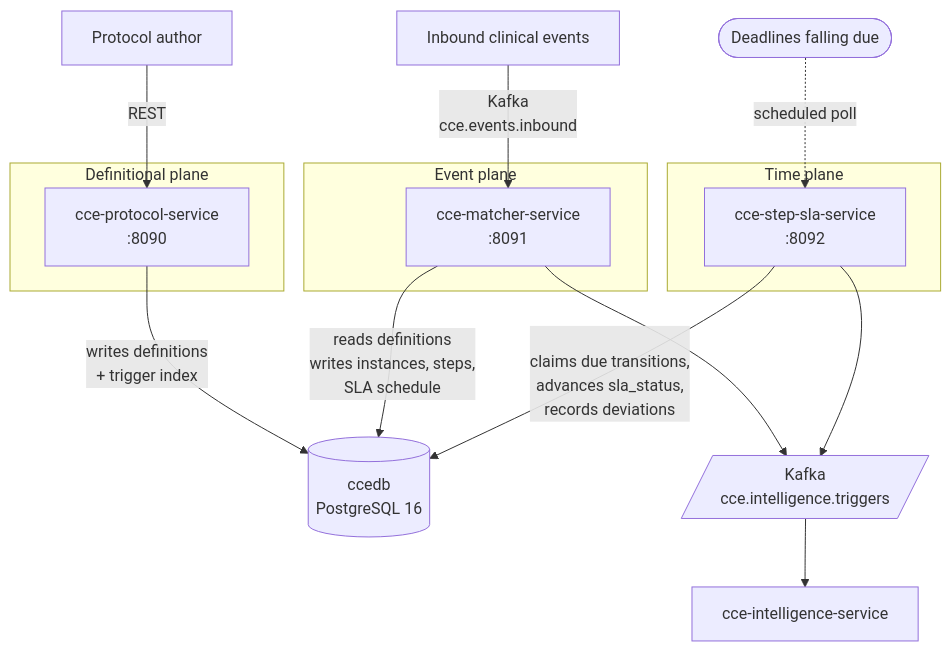
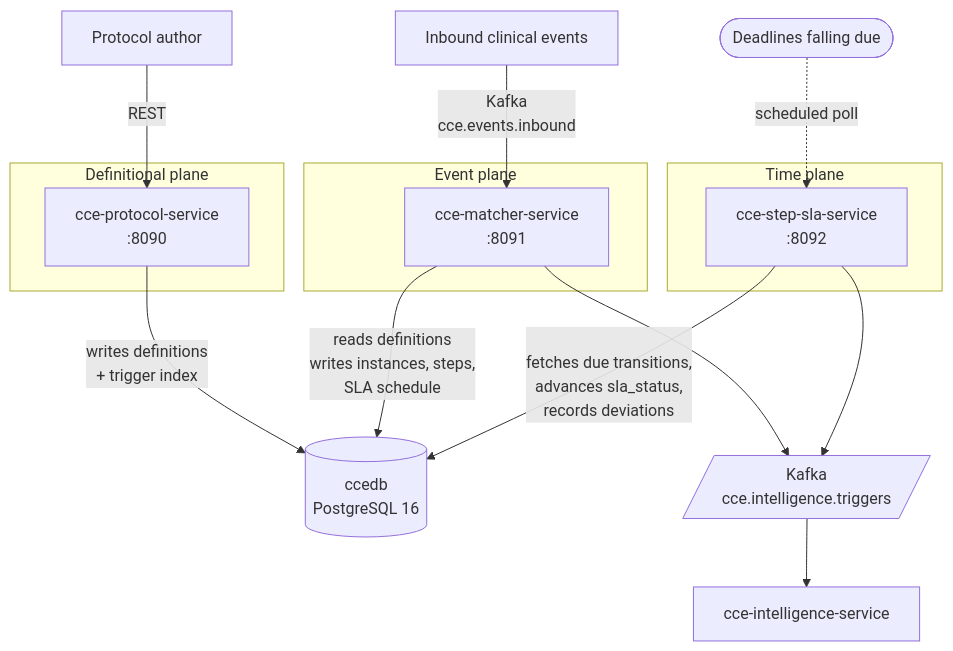
One commit to Jayaprakash8887/cce-common-util changed the first of 3 diagrams in docs/architecture-overview.md. Above: the diagram before and after it, drawn with Mermaid. The commit also changed other lines of this file and 1 other file, not shown here.

First line of the commit message:
Say "fetch" rather than "claim", and correct two stale SLA statements

````diff
--- a/docs/architecture-overview.md
+++ b/docs/architecture-overview.md
@@ -55,24 +55,24 @@
 ```mermaid
 flowchart TB
     subgraph def["Definitional plane"]
         PS["cce-protocol-service<br/>:8090"]
     end
     subgraph event["Event plane"]
         MS["cce-matcher-service<br/>:8091"]
     end
     subgraph time["Time plane"]
         CS["cce-step-sla-service<br/>:8092"]
     end
 
     Admin["Protocol author"] -->|"REST"| PS
     Collector["Inbound clinical events"] -->|"Kafka<br/>cce.events.inbound"| MS
     Clock(["Deadlines falling due"]) -.->|"scheduled poll"| CS
 
     PS -->|"writes definitions<br/>+ trigger index"| DB[("ccedb<br/>PostgreSQL 16")]
     MS -->|"reads definitions<br/>writes instances, steps,<br/>SLA schedule"| DB
-    CS -->|" <br/>claims due transitions,<br/>advances sla_status,<br/>records deviations"| DB
+    CS -->|" <br/>fetches due transitions,<br/>advances sla_status,<br/>records deviations"| DB
 
     MS --> Topic[/"Kafka<br/>cce.intelligence.triggers"/]
     CS --> Topic
     Topic --> Intel["cce-intelligence-service"]
 ```
````
